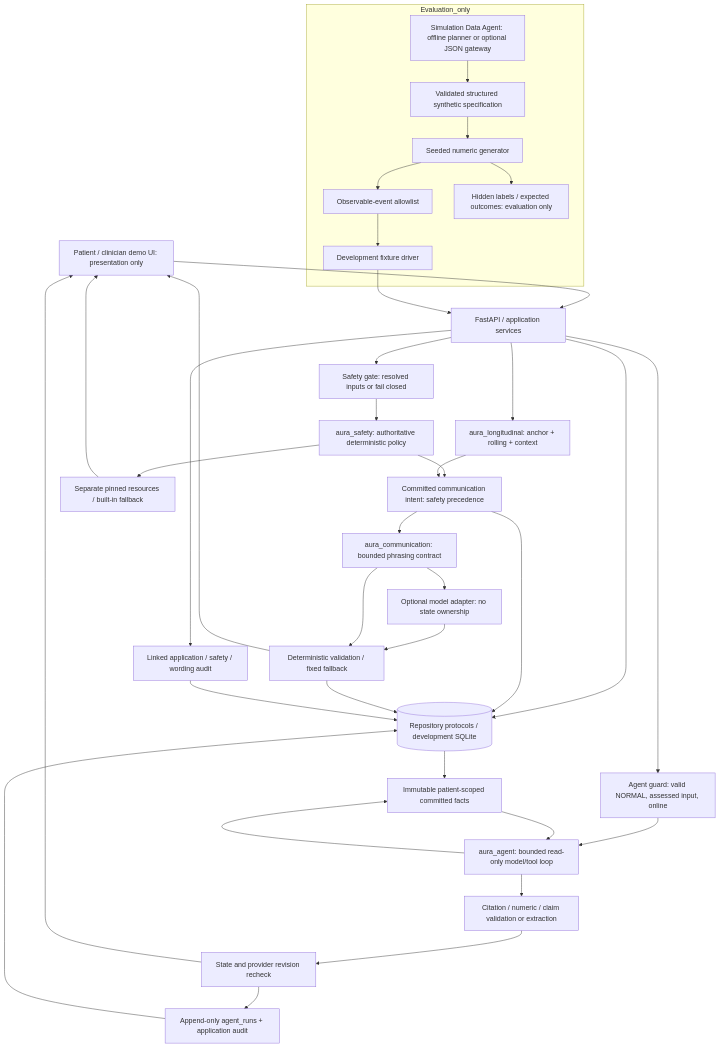
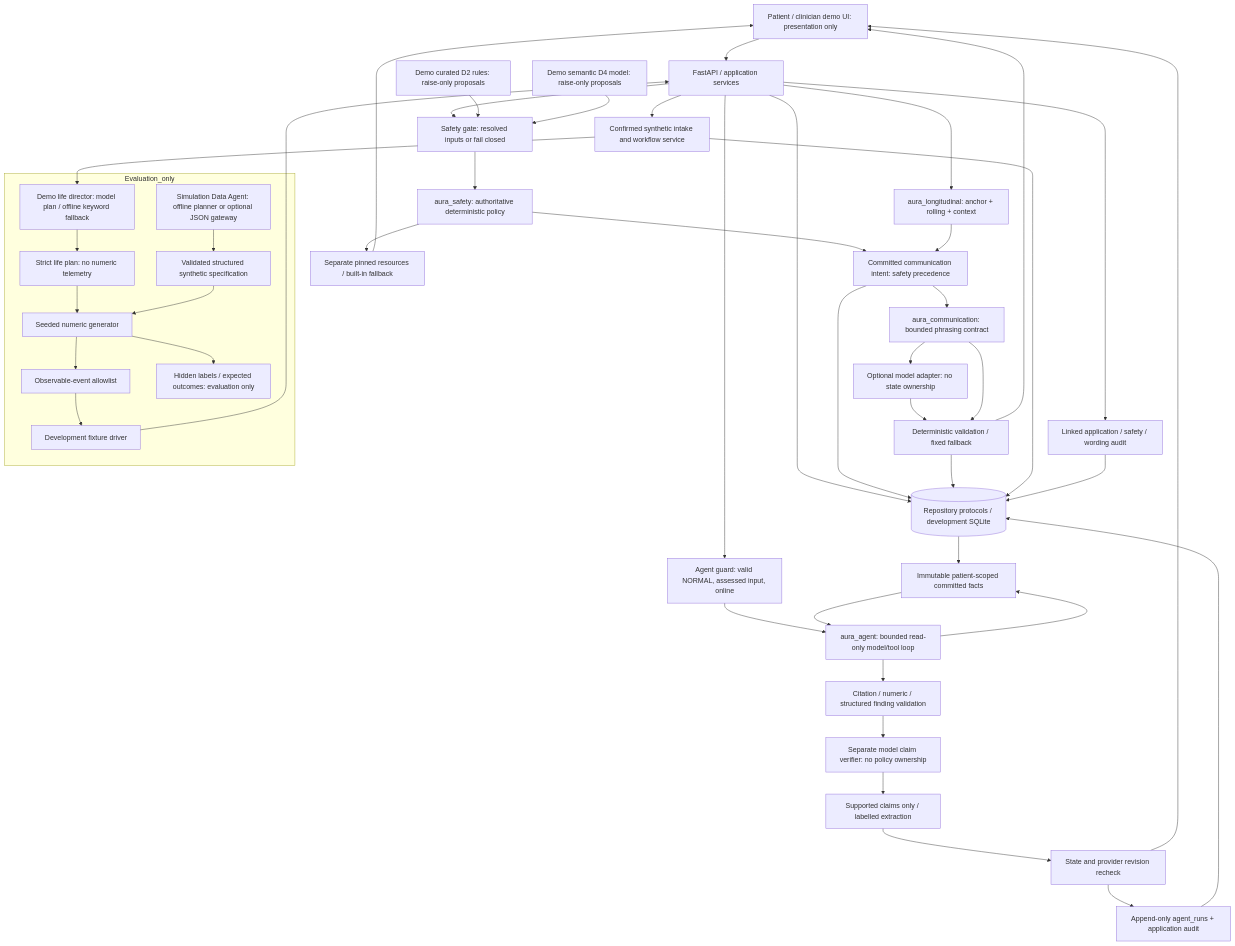
The diagram in docs/ARCHITECTURE.md (e8aura-makodev58/aura-health), drawn with Mermaid before and after one commit. The commit also changed other lines of this file and 55 other files, not shown here.

Commit message:
feat: complete approved agent workflows and synthetic life simulator

````diff
--- a/docs/ARCHITECTURE.md
+++ b/docs/ARCHITECTURE.md
@@ -5,40 +5,49 @@
 ```mermaid
 flowchart TD
   UI[Patient / clinician demo UI: presentation only] --> API[FastAPI / application services]
   API --> DB[(Repository protocols / development SQLite)]
   API --> GATE[Safety gate: resolved inputs or fail closed]
+  RULES[Demo curated D2 rules: raise-only proposals] --> GATE
+  SEMANTIC[Demo semantic D4 model: raise-only proposals] --> GATE
   GATE --> SAFETY[aura_safety: authoritative deterministic policy]
   API --> LONG[aura_longitudinal: anchor + rolling + context]
   SAFETY --> INTENT[Committed communication intent: safety precedence]
   LONG --> INTENT
   INTENT --> WORD[aura_communication: bounded phrasing contract]
   WORD --> OPTIONAL[Optional model adapter: no state ownership]
   OPTIONAL --> VALID[Deterministic validation / fixed fallback]
   WORD --> VALID
   VALID --> UI
   SAFETY --> PIN[Separate pinned resources / built-in fallback]
   PIN --> UI
   INTENT --> DB
   VALID --> DB
   API --> AGUARD[Agent guard: valid NORMAL, assessed input, online]
   AGUARD --> AGENT[aura_agent: bounded read-only model/tool loop]
   AGENT --> READ[Immutable patient-scoped committed facts]
   DB --> READ
   READ --> AGENT
-  AGENT --> GROUNDED[Citation / numeric / claim validation or extraction]
-  GROUNDED --> RACE[State and provider revision recheck]
+  AGENT --> GROUNDED[Citation / numeric / structured finding validation]
+  GROUNDED --> VERIFIER[Separate model claim verifier: no policy ownership]
+  VERIFIER --> CHECKED[Supported claims only / labelled extraction]
+  CHECKED --> RACE[State and provider revision recheck]
   RACE --> UI
   RACE --> TRACE[Append-only agent_runs + application audit]
   TRACE --> DB
+  API --> WORKFLOW[Confirmed synthetic intake and workflow service]
+  WORKFLOW --> DB
   API --> AUDIT[Linked application / safety / wording audit]
   AUDIT --> DB
   subgraph Evaluation_only
     PLAN[Simulation Data Agent: offline planner or optional JSON gateway]
+    LIFE[Demo life director: model plan / offline keyword fallback] --> LIFESPEC[Strict life plan: no numeric telemetry]
+    LIFESPEC --> GEN
     PLAN --> SPEC[Validated structured synthetic specification]
     SPEC --> GEN[Seeded numeric generator]
     GEN --> FILTER[Observable-event allowlist]
     GEN --> TRUTH[Hidden labels / expected outcomes: evaluation only]
     FILTER --> DRIVER[Development fixture driver]
   end
   DRIVER --> API
+  WORKFLOW --> LIFE
 ```
````
